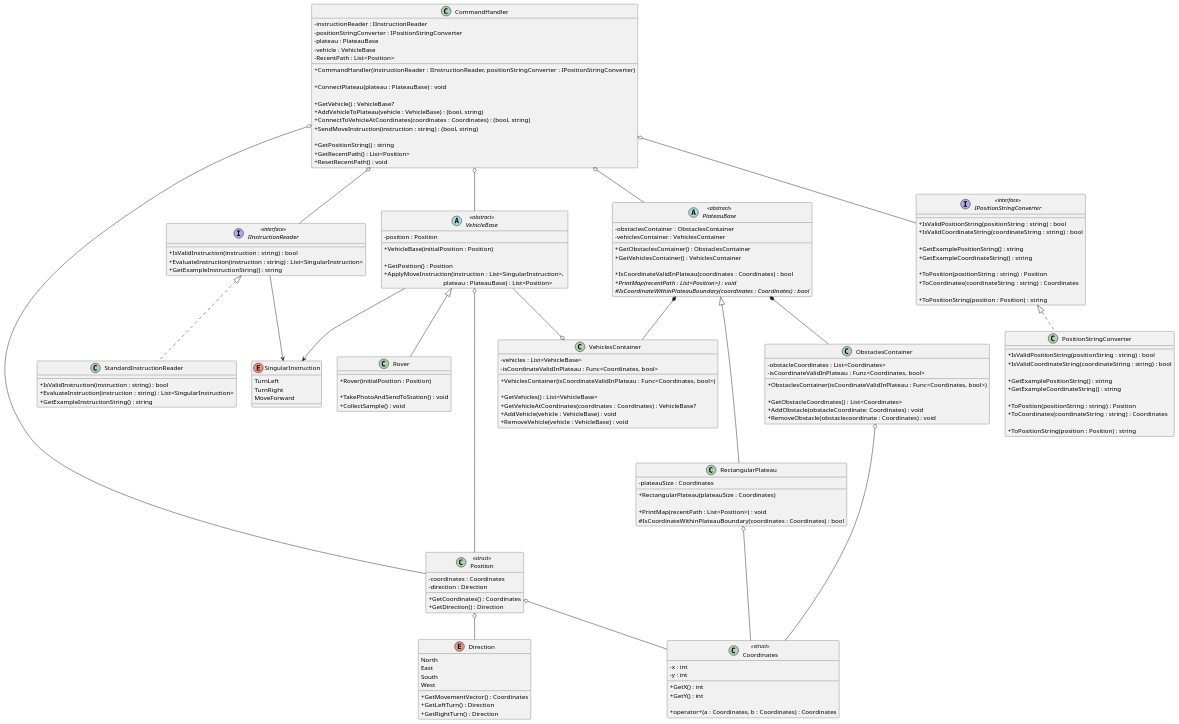
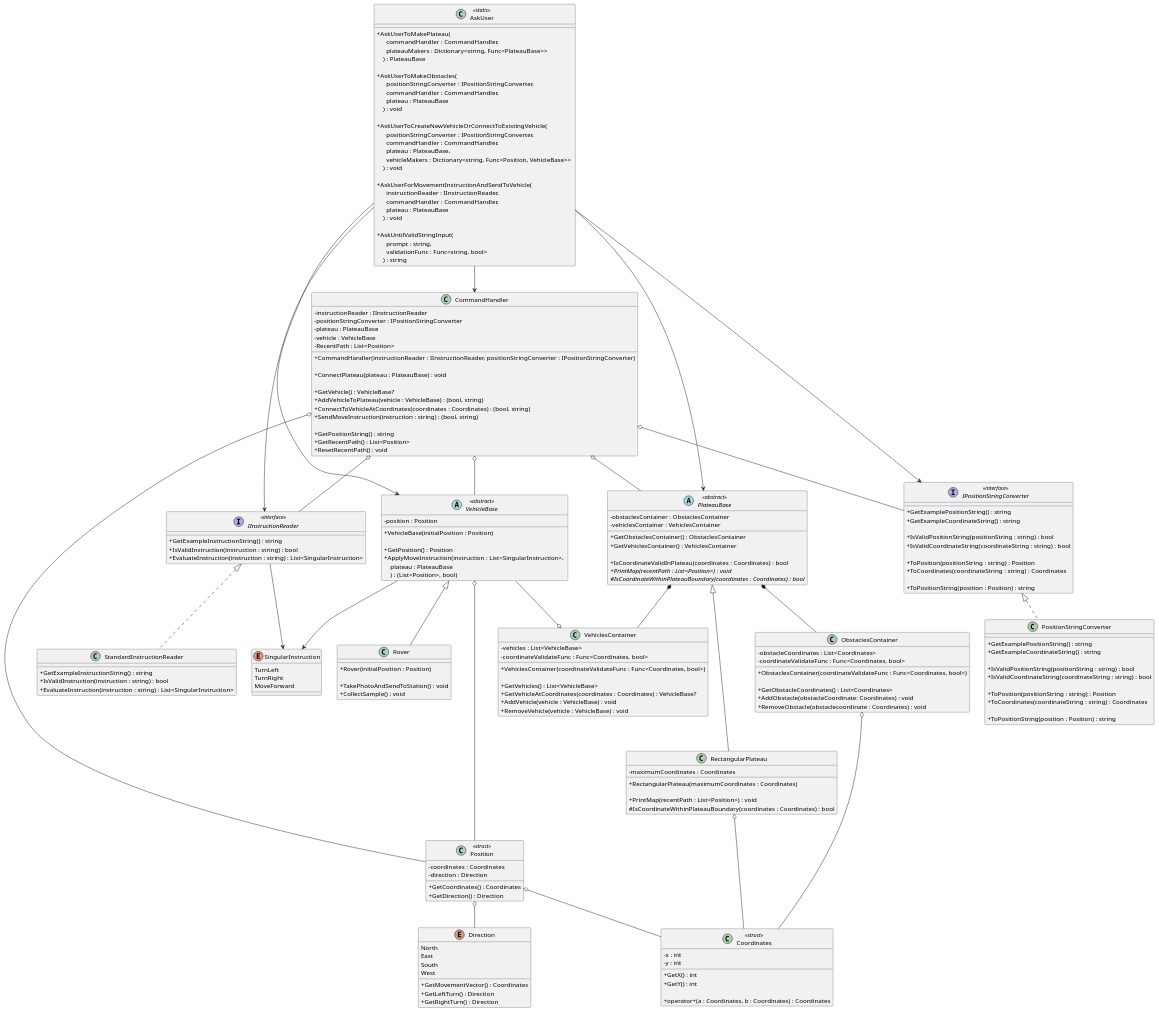
The diagram in diagrams/MarsRoverChallenge.puml (iamfranco/MarsRoverChallenge), drawn with PlantUML before and after one commit. The commit also changed 1 other file, not shown here.

Commit message:
UML: add static class AskUser

```diff
--- a/diagrams/MarsRoverChallenge.puml
+++ b/diagrams/MarsRoverChallenge.puml
@@ -1,5 +1,37 @@
 @startuml "Mars Rover Challenge"
 skinparam classAttributeIconSize 0
+
+class AskUser <<static>>
+{
+  + AskUserToMakePlateau(\n\
+      commandHandler : CommandHandler, \n\
+      plateauMakers : Dictionary<string, Func<PlateauBase>> \n\
+    ) : PlateauBase
+  
+  + AskUserToMakeObstacles(\n\
+      positionStringConverter : IPositionStringConverter, \n\
+      commandHandler : CommandHandler, \n\
+      plateau : PlateauBase \n\
+    ) : void
+  
+  + AskUserToCreateNewVehicleOrConnectToExistingVehicle( \n\
+      positionStringConverter : IPositionStringConverter, \n\
+      commandHandler : CommandHandler, \n\
+      plateau : PlateauBase, \n\
+      vehicleMakers : Dictionary<string, Func<Position, VehicleBase>> \n\
+    ) : void
+
+  + AskUserForMovementInstructionAndSendToVehicle( \n\
+      instructionReader : IInstructionReader, \n\
+      commandHandler : CommandHandler, \n\
+      plateau : PlateauBase \n\
+    ) : void
+  
+  + AskUntilValidStringInput(\n\
+      prompt : string, \n\
+      validationFunc : Func<string, bool> \n\
+    ) : string
+}
 
 class CommandHandler
 {
@@ -25,9 +57,9 @@
 
 interface IInstructionReader <<interface>>
 {
+  + GetExampleInstructionString() : string
   + IsValidInstruction(instruction : string) : bool
   + EvaluateInstruction(instruction : string) : List<SingularInstruction>
-  + GetExampleInstructionString() : string
 }
 
 enum SingularInstruction
@@ -39,9 +71,21 @@
 
 class StandardInstructionReader
 {
+  + GetExampleInstructionString() : string
   + IsValidInstruction(instruction : string) : bool
   + EvaluateInstruction(instruction : string) : List<SingularInstruction>
-  + GetExampleInstructionString() : string
+}
+
+class ObstaclesContainer
+{
+  - obstacleCoordinates : List<Coordinates>
+  - coordinateValidateFunc : Func<Coordinates, bool>
+
+  + ObstaclesContainer(coordinateValidateFunc : Func<Coordinates, bool>)
+
+  + GetObstacleCoordinates() : List<Coordinates>
+  + AddObstacle(obstacleCoordinate: Coordinates) : void
+  + RemoveObstacle(obstaclecoordinate : Coordinates) : void
 }
 
 abstract PlateauBase <<abstract>>
@@ -57,39 +101,27 @@
   {abstract} # IsCoordinateWithinPlateauBoundary(coordinates : Coordinates) : bool
 }
 
-class ObstaclesContainer
+class RectangularPlateau
 {
-  - obstacleCoordinates : List<Coordinates>
-  - isCoordinateValidInPlateau : Func<Coordinates, bool>
+  - maximumCoordinates : Coordinates
 
-  + ObstaclesContainer(isCoordinateValidInPlateau : Func<Coordinates, bool>)
+  + RectangularPlateau(maximumCoordinates : Coordinates)
 
-  + GetObstacleCoordinates() : List<Coordinates>
-  + AddObstacle(obstacleCoordinate: Coordinates) : void
-  + RemoveObstacle(obstaclecoordinate : Coordinates) : void
+  + PrintMap(recentPath : List<Position>) : void
+  # IsCoordinateWithinPlateauBoundary(coordinates : Coordinates) : bool
 }
 
 class VehiclesContainer
 {
   - vehicles : List<VehicleBase>
-  - isCoordinateValidInPlateau : Func<Coordinates, bool>
+  - coordinateValidateFunc : Func<Coordinates, bool>
 
-  + VehiclesContainer(isCoordinateValidInPlateau : Func<Coordinates, bool>)
+  + VehiclesContainer(coordinateValidateFunc : Func<Coordinates, bool>)
 
   + GetVehicles() : List<VehicleBase>
   + GetVehicleAtCoordinates(coordinates : Coordinates) : VehicleBase?
   + AddVehicle(vehicle : VehicleBase) : void
   + RemoveVehicle(vehicle : VehicleBase) : void
-}
-
-class RectangularPlateau
-{
-  - plateauSize : Coordinates
-
-  + RectangularPlateau(plateauSize : Coordinates)
-
-  + PrintMap(recentPath : List<Position>) : void
-  # IsCoordinateWithinPlateauBoundary(coordinates : Coordinates) : bool
 }
 
 class Coordinates <<struct>>
@@ -117,11 +149,11 @@
 
 interface IPositionStringConverter <<interface>>
 {
+  + GetExamplePositionString() : string
+  + GetExampleCoordinateString() : string
+
   + IsValidPositionString(positionString : string) : bool
   + IsValidCoordinateString(coordinateString : string) : bool
-
-  + GetExamplePositionString() : string
-  + GetExampleCoordinateString() : string
 
   + ToPosition(positionString : string) : Position
   + ToCoordinates(coordinateString : string) : Coordinates
@@ -140,11 +172,11 @@
 
 class PositionStringConverter
 {
+  + GetExamplePositionString() : string
+  + GetExampleCoordinateString() : string
+
   + IsValidPositionString(positionString : string) : bool
   + IsValidCoordinateString(coordinateString : string) : bool
-
-  + GetExamplePositionString() : string
-  + GetExampleCoordinateString() : string
 
   + ToPosition(positionString : string) : Position
   + ToCoordinates(coordinateString : string) : Coordinates
@@ -168,8 +200,15 @@
 
   + GetPosition() : Position
   + ApplyMoveInstruction(instruction : List<SingularInstruction>, \n\
-                                     plateau : PlateauBase) : List<Position>
+    plateau : PlateauBase \n\
+    ) : (List<Position>, bool)
 }
+
+AskUser --> CommandHandler
+AskUser --[norank]--> PlateauBase
+AskUser --[norank]--> IPositionStringConverter
+AskUser --l[norank]--> IInstructionReader
+AskUser --l[norank]--> VehicleBase
 
 CommandHandler o-- IInstructionReader
 CommandHandler o-- IPositionStringConverter
```
